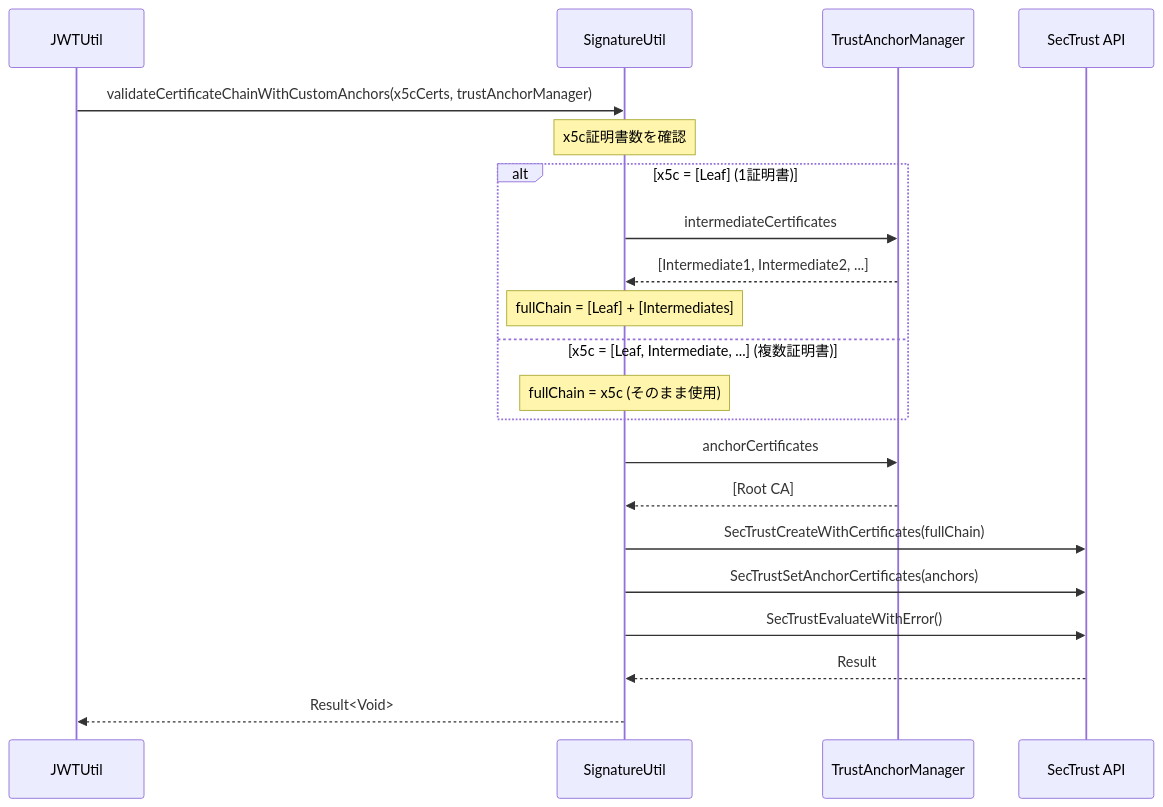
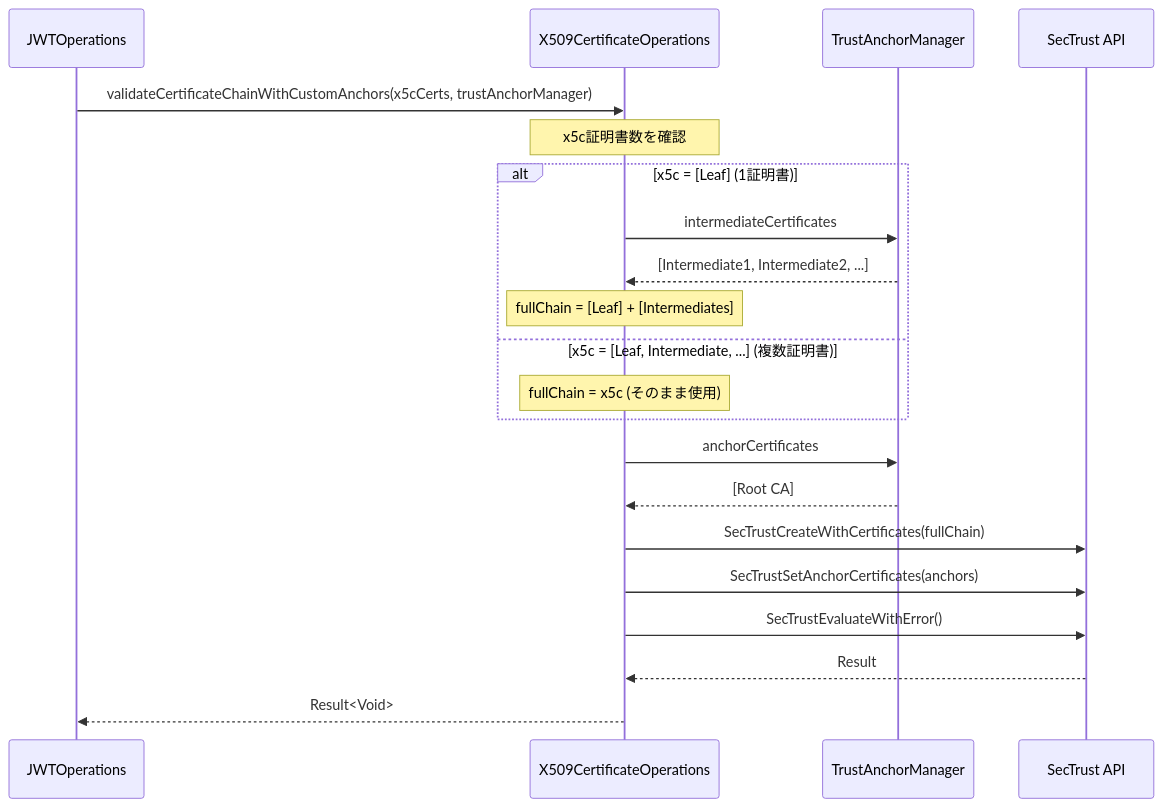
The fourth of 4 diagrams in docs/features/credential-issuance/metadata-verification.md (ryosuke-wakaba/OWND-Wallet-iOS), drawn with Mermaid before and after one commit. The commit also changed other lines of this file and 7 other files, not shown here.

````diff
--- a/docs/features/credential-issuance/metadata-verification.md
+++ b/docs/features/credential-issuance/metadata-verification.md
@@ -274,29 +274,29 @@
 ```mermaid
 sequenceDiagram
-    participant JWT as JWTUtil
-    participant SIG as SignatureUtil
+    participant JWT as JWTOperations
+    participant SIG as X509CertificateOperations
     participant TAM as TrustAnchorManager
     participant SEC as SecTrust API
 
     JWT->>SIG: validateCertificateChainWithCustomAnchors(x5cCerts, trustAnchorManager)
 
     Note over SIG: x5c証明書数を確認
 
     alt x5c = [Leaf] (1証明書)
         SIG->>TAM: intermediateCertificates
         TAM-->>SIG: [Intermediate1, Intermediate2, ...]
         Note over SIG: fullChain = [Leaf] + [Intermediates]
     else x5c = [Leaf, Intermediate, ...] (複数証明書)
         Note over SIG: fullChain = x5c (そのまま使用)
     end
 
     SIG->>TAM: anchorCertificates
     TAM-->>SIG: [Root CA]
 
     SIG->>SEC: SecTrustCreateWithCertificates(fullChain)
     SIG->>SEC: SecTrustSetAnchorCertificates(anchors)
     SIG->>SEC: SecTrustEvaluateWithError()
     SEC-->>SIG: Result
 
     SIG-->>JWT: Result<Void>
 ```
````
